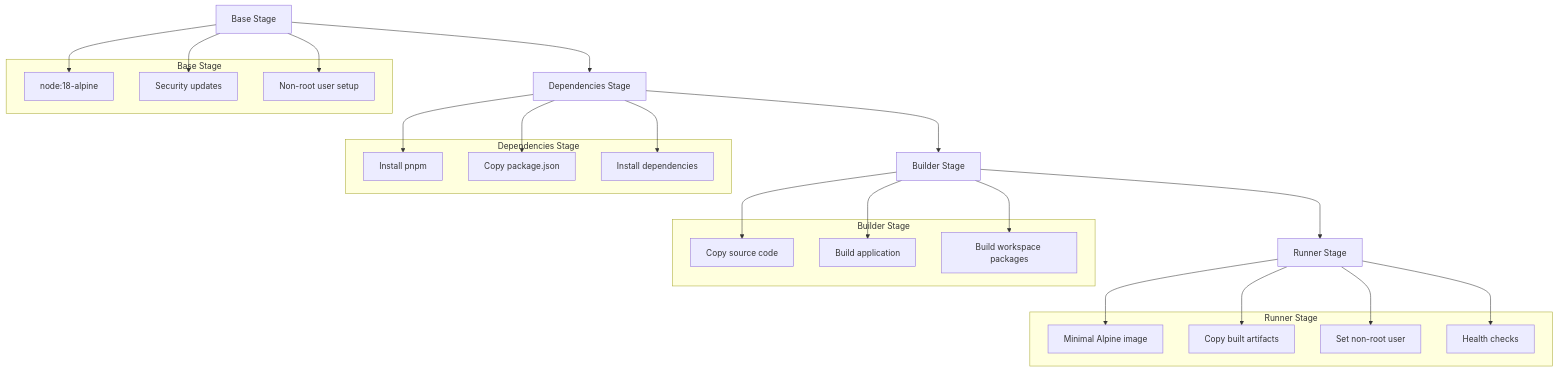
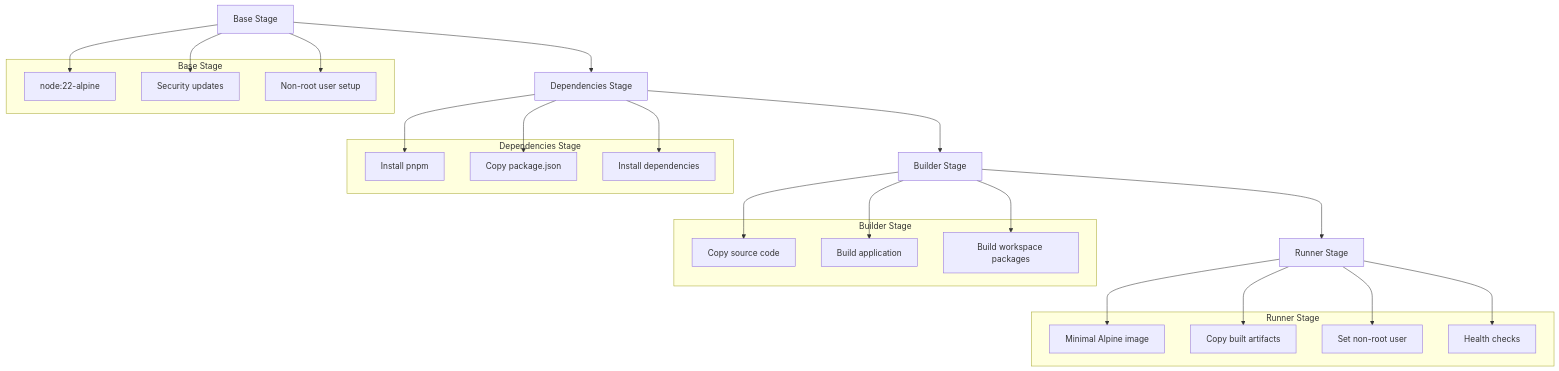
One commit to smedrec/smart-logs changed the first of 9 diagrams in .qoder/repowiki/en/content/Deployment and Operations/Container Configuration.md. Above: the diagram before and after it, drawn with Mermaid. The commit also changed other lines of this file and 17 other files, not shown here.

````diff
--- a/.qoder/repowiki/en/content/Deployment and Operations/Container Configuration.md
+++ b/.qoder/repowiki/en/content/Deployment and Operations/Container Configuration.md
@@ -37,40 +51,40 @@
 ```mermaid
 graph TD
 A[Base Stage] --> B[Dependencies Stage]
 B --> C[Builder Stage]
 C --> D[Runner Stage]
 subgraph "Base Stage"
-A1["node:18-alpine"]
+A1["node:22-alpine"]
 A2["Security updates"]
 A3["Non-root user setup"]
 end
 subgraph "Dependencies Stage"
 B1["Install pnpm"]
 B2["Copy package.json"]
 B3["Install dependencies"]
 end
 subgraph "Builder Stage"
 C1["Copy source code"]
 C2["Build application"]
 C3["Build workspace packages"]
 end
 subgraph "Runner Stage"
 D1["Minimal Alpine image"]
 D2["Copy built artifacts"]
 D3["Set non-root user"]
 D4["Health checks"]
 end
 A --> A1
 A --> A2
 A --> A3
 B --> B1
 B --> B2
 B --> B3
 C --> C1
 C --> C2
 C --> C3
 D --> D1
 D --> D2
 D --> D3
 D --> D4
 ```
````
